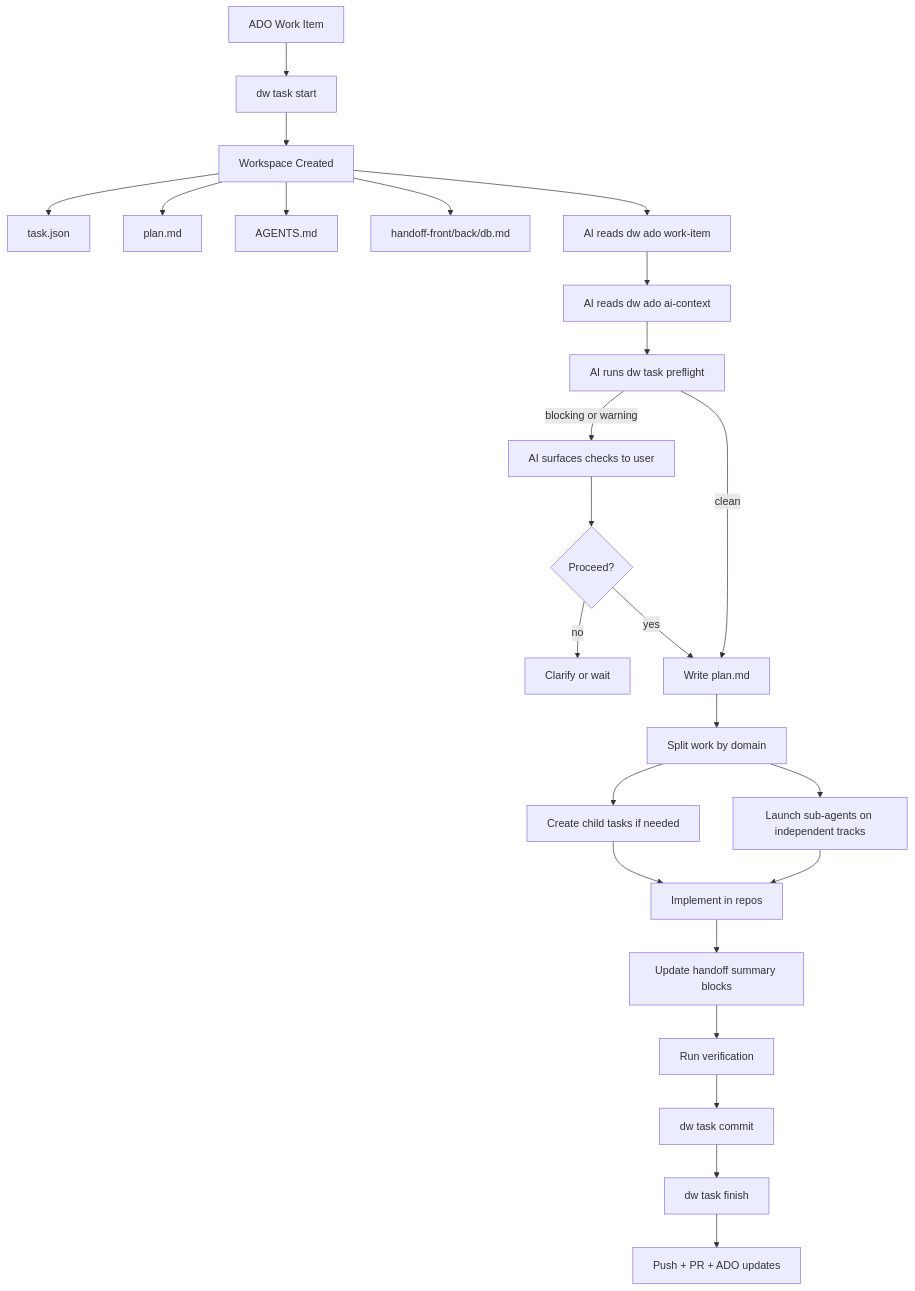
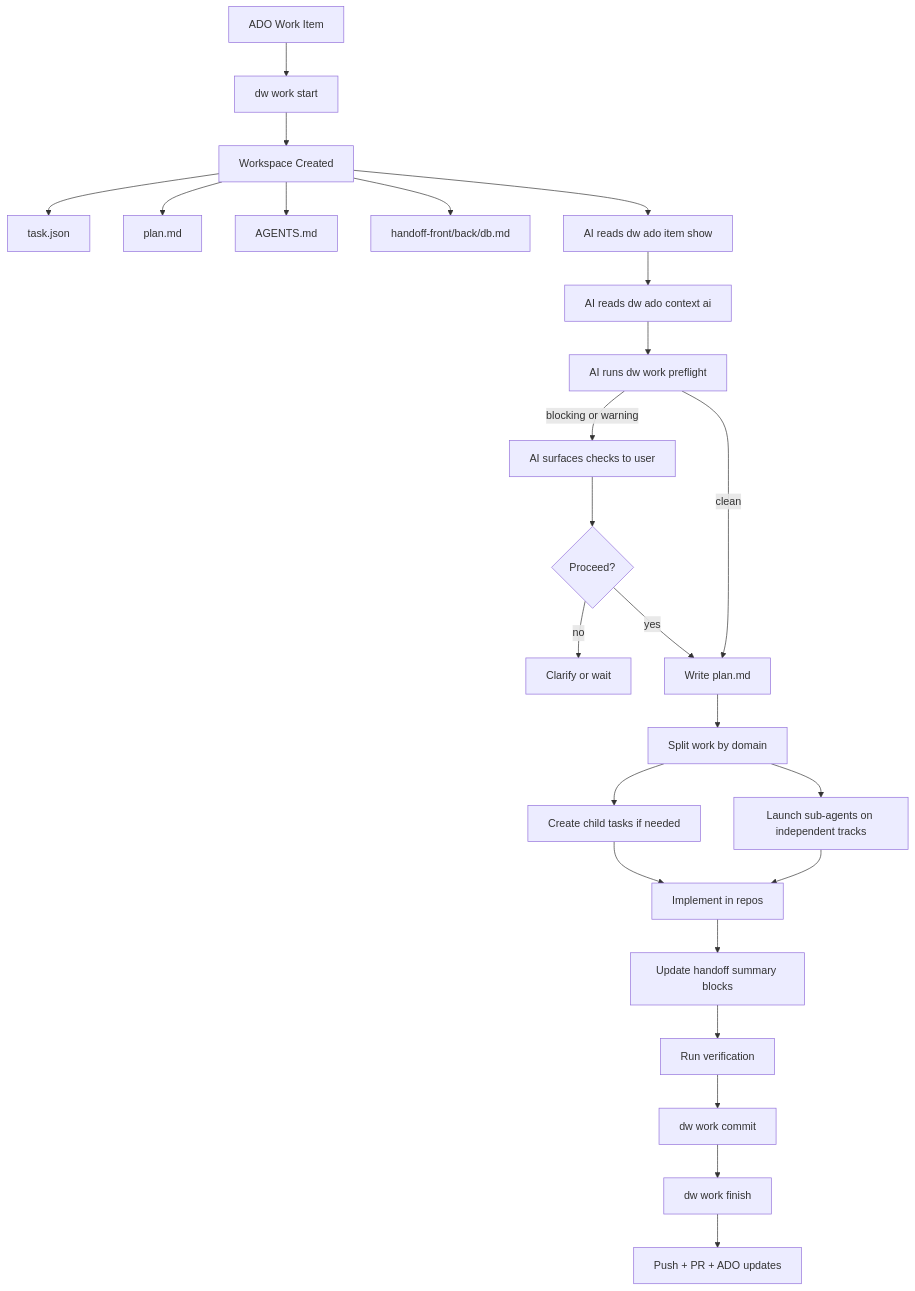
Before and after one commit to sachahjkl/dw: the diagram in README.md, drawn with Mermaid. The commit also changed other lines of this file and 34 other files, not shown here.

````diff
--- a/README.md
+++ b/README.md
@@ -199,31 +201,31 @@
 ```mermaid
 flowchart TD
-    A[ADO Work Item] --> B[dw task start]
+    A[ADO Work Item] --> B[dw work start]
     B --> C[Workspace Created]
     C --> C1[task.json]
     C --> C2[plan.md]
     C --> C3[AGENTS.md]
     C --> C4[handoff-front/back/db.md]
 
-    C --> D[AI reads dw ado work-item]
-    D --> E[AI reads dw ado ai-context]
-    E --> F[AI runs dw task preflight]
+    C --> D[AI reads dw ado item show]
+    D --> E[AI reads dw ado context ai]
+    E --> F[AI runs dw work preflight]
 
     F -->|blocking or warning| G[AI surfaces checks to user]
     G --> H{Proceed?}
     H -->|no| I[Clarify or wait]
     H -->|yes| J[Write plan.md]
     F -->|clean| J
 
     J --> K[Split work by domain]
     K --> L[Create child tasks if needed]
     K --> M[Launch sub-agents on independent tracks]
 
     L --> N[Implement in repos]
     M --> N
     N --> O[Update handoff summary blocks]
     O --> P[Run verification]
-    P --> Q[dw task commit]
-    Q --> R[dw task finish]
+    P --> Q[dw work commit]
+    Q --> R[dw work finish]
     R --> S[Push + PR + ADO updates]
 ```
````
